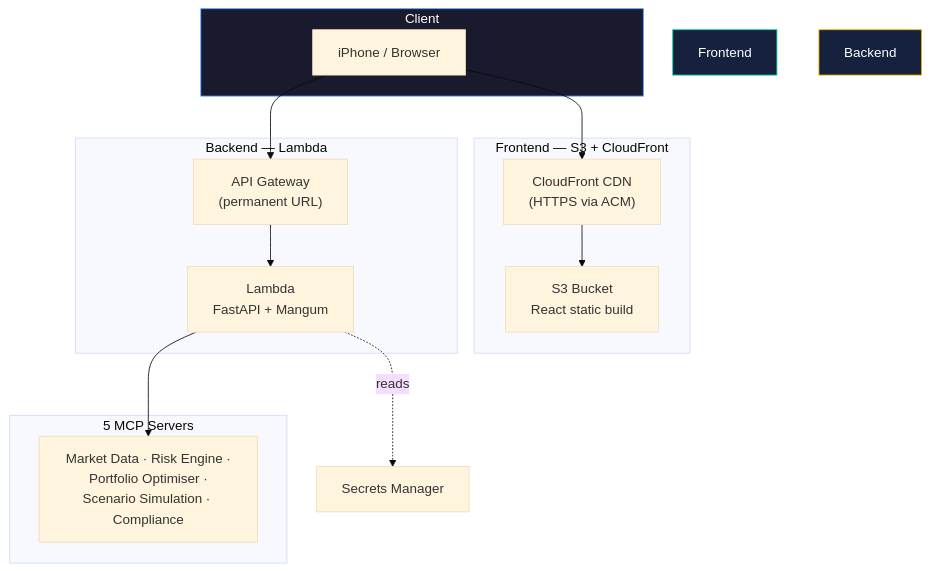
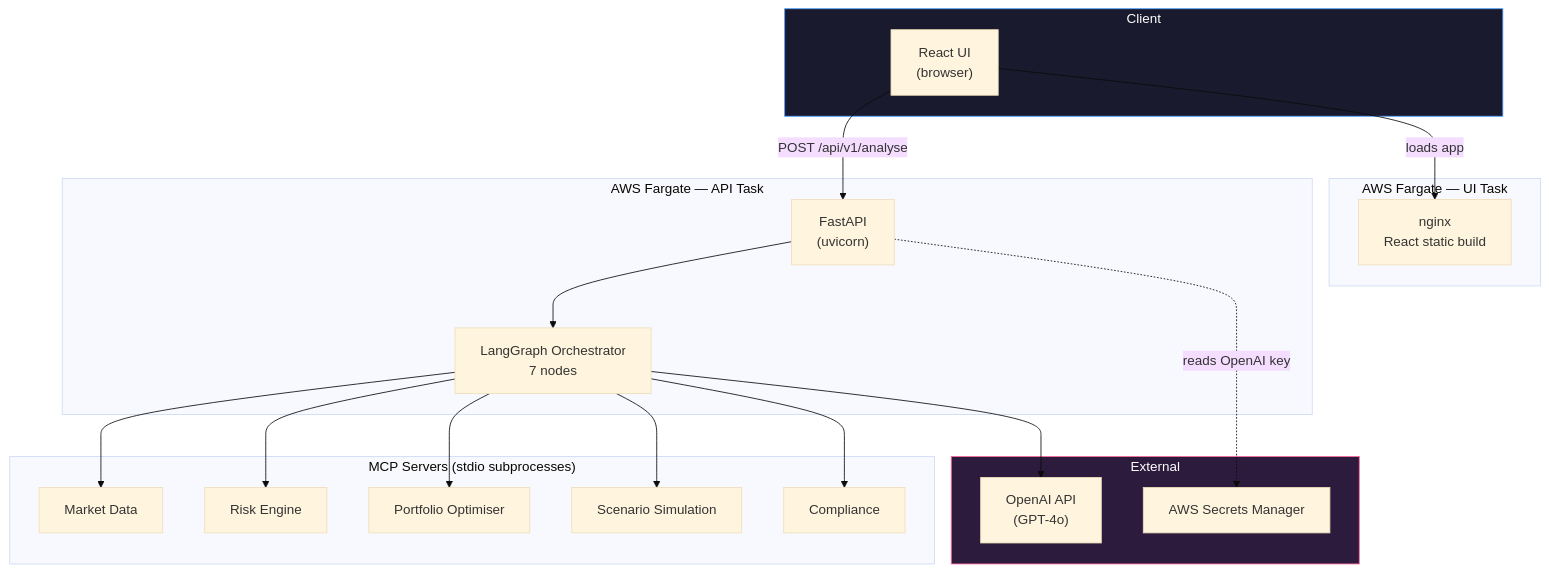
One commit to tsank/mcp-investment-copilot changed the second of 2 diagrams in ARCHITECTURE.md. Above: the diagram before and after it, drawn with Mermaid (base theme). The commit also changed other lines of this file and 2 other files, not shown here.

````diff
--- a/ARCHITECTURE.md
+++ b/ARCHITECTURE.md
@@ -101,31 +118,42 @@
 ```mermaid
 graph TB
     subgraph Client
-        iphone["iPhone / Browser"]
+        browser["React UI<br/>(browser)"]
     end
 
-    subgraph "Frontend — S3 + CloudFront"
-        cf["CloudFront CDN<br/>(HTTPS via ACM)"]
-        s3["S3 Bucket<br/>React static build"]
-        cf --> s3
+    subgraph "AWS Fargate — API Task"
+        api["FastAPI<br/>(uvicorn)"]
+        orch1["LangGraph Orchestrator<br/>7 nodes"]
+        api --> orch1
     end
 
-    subgraph "Backend — Lambda"
-        apigw["API Gateway<br/>(permanent URL)"]
-        lambda["Lambda<br/>FastAPI + Mangum"]
-        apigw --> lambda
+    subgraph "MCP Servers (stdio subprocesses)"
+        md1["Market Data"]
+        re1["Risk Engine"]
+        po1["Portfolio Optimiser"]
+        ss1["Scenario Simulation"]
+        cp1["Compliance"]
     end
 
-    subgraph "5 MCP Servers"
-        mcp["Market Data · Risk Engine ·<br/>Portfolio Optimiser ·<br/>Scenario Simulation · Compliance"]
+    subgraph External1["External"]
+        openai1["OpenAI API<br/>(GPT-4o)"]
+        secrets1["AWS Secrets Manager"]
     end
 
-    iphone --> cf
-    iphone --> apigw
-    lambda --> mcp
-    lambda -.reads.-> secrets["Secrets Manager"]
+    browser -->|"POST /api/v1/analyse"| api
+    orch1 --> md1
+    orch1 --> re1
+    orch1 --> po1
+    orch1 --> ss1
+    orch1 --> cp1
+    orch1 --> openai1
+    api -.reads OpenAI key.-> secrets1
+
+    subgraph "AWS Fargate — UI Task"
+        ui["nginx<br/>React static build"]
+    end
+    browser -->|loads app| ui
 
     style Client fill:#1a1a2e,stroke:#4a9eff,color:#fff
-    style Frontend fill:#16213e,stroke:#00d9a3,color:#fff
-    style Backend fill:#16213e,stroke:#ffb800,color:#fff
+    style External1 fill:#2d1b3d,stroke:#ff6b9d,color:#fff
 ```
````
